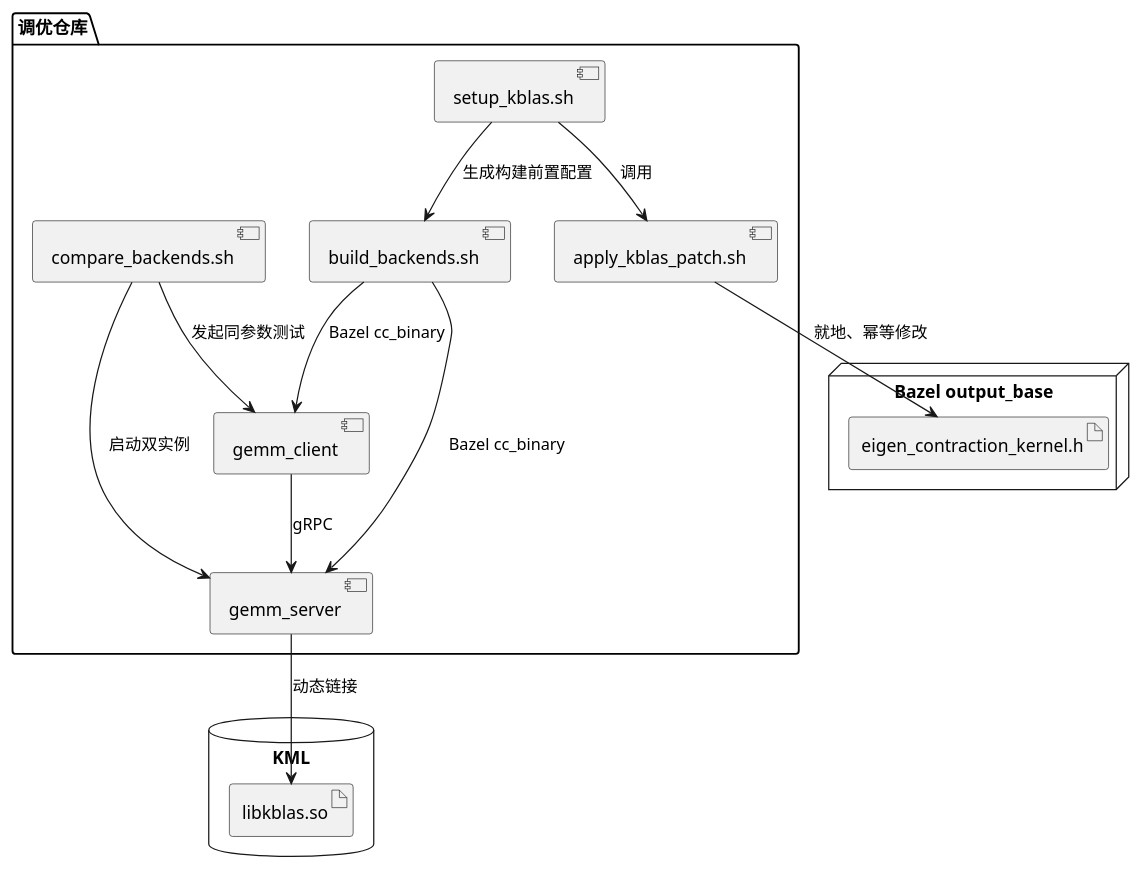
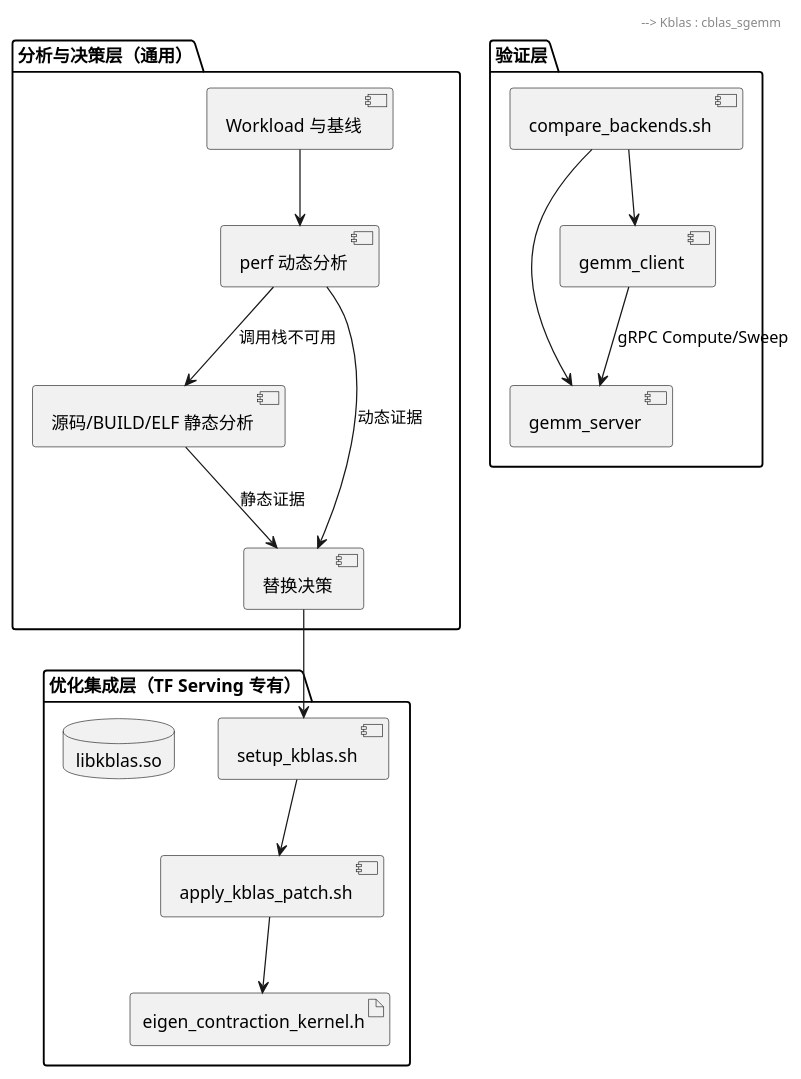
The second of 10 diagrams in references/detailed-design.md (wlmnzf40/kblas-gemm-tuning), drawn with PlantUML before and after one commit. The commit also changed other lines of this file, not shown here.

Commit message:
docs: restructure KML tuning design workflow

````diff
--- a/references/detailed-design.md
+++ b/references/detailed-design.md
@@ -102,33 +92,38 @@
 ```plantuml
 @startuml
 skinparam defaultFontName "Microsoft YaHei"
 skinparam classAttributeIconSize 0
 
-package "调优仓库" {
+package "分析与决策层（通用）" {
+  component "Workload 与基线" as Baseline
+  component "perf 动态分析" as Perf
+  component "源码/BUILD/ELF 静态分析" as Static
+  component "替换决策" as Decision
+}
+
+package "优化集成层（TF Serving 专有）" {
   component "setup_kblas.sh" as Setup
   component "apply_kblas_patch.sh" as Patch
-  component "build_backends.sh" as Build
-  component "compare_backends.sh" as Compare
-  component "gemm_client" as Client
-  component "gemm_server" as Server
+  artifact "eigen_contraction_kernel.h" as Header
+  database "libkblas.so" as Kblas
 }
 
-node "Bazel output_base" {
-  artifact "eigen_contraction_kernel.h" as Header
+package "验证层" {
+  component "gemm_server" as Server
+  component "gemm_client" as Client
+  component "compare_backends.sh" as Compare
 }
 
-database "KML" {
-  artifact "libkblas.so" as Kblas
-}
-
-Setup --> Patch : 调用
-Setup --> Build : 生成构建前置配置
-Patch --> Header : 就地、幂等修改
-Build --> Server : Bazel cc_binary
-Build --> Client : Bazel cc_binary
-Server --> Kblas : 动态链接
-Compare --> Server : 启动双实例
-Compare --> Client : 发起同参数测试
-Client --> Server : gRPC
+Baseline --> Perf
+Perf --> Decision : 动态证据
+Perf --> Static : 调用栈不可用
+Static --> Decision : 静态证据
+Decision --> Setup
+Setup --> Patch
+Patch --> Header
+Header --> Kblas : cblas_sgemm
+Compare --> Server
+Compare --> Client
+Client --> Server : gRPC Compute/Sweep
 @enduml
 ```
````
